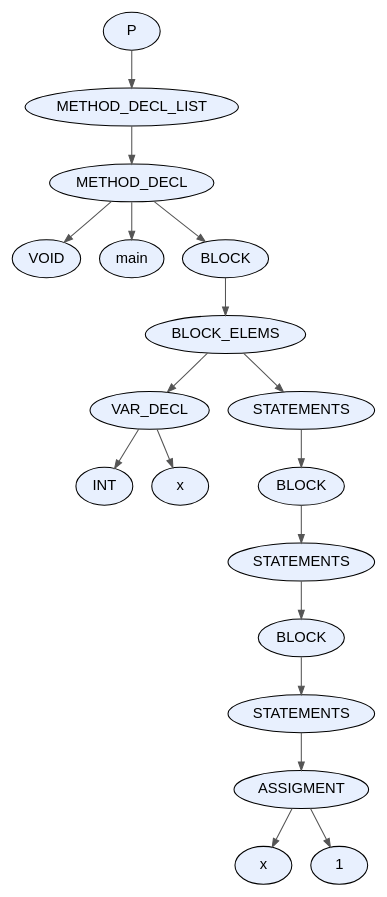
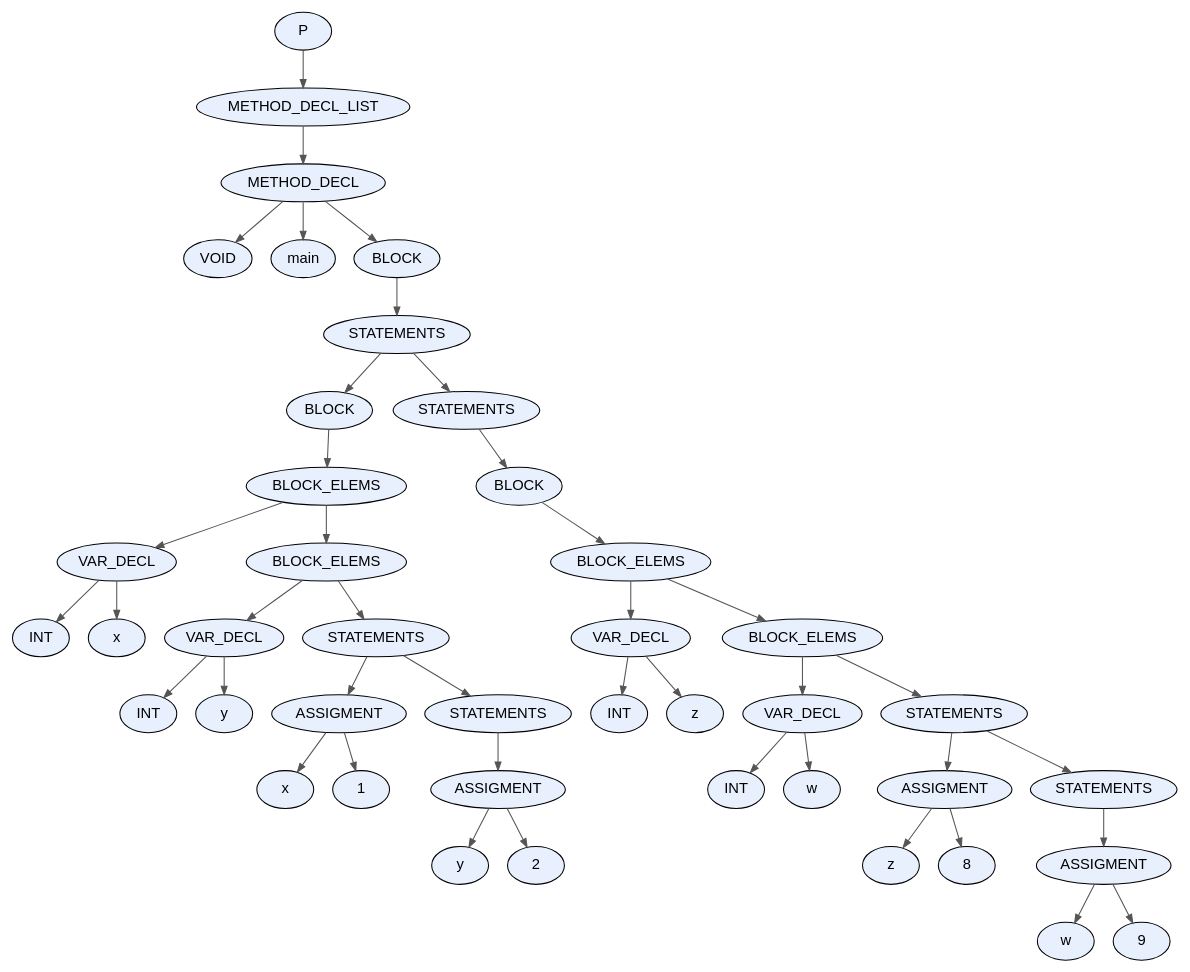
Before and after one commit to facundo-dario-loser/TDS2026: the diagram in proyecto/dot_files/test2.dot, drawn with Graphviz. The commit also changed 3 other files, not shown here.

```diff
--- a/proyecto/dot_files/test2.dot
+++ b/proyecto/dot_files/test2.dot
@@ -1,39 +1,87 @@
 digraph AST {
   node [fontname="Arial"];
   edge [arrowsize=0.8, color="#555555"];
-  "node_0x61f37d8b9020" [label="P", style=filled, fillcolor="#E8F0FE", shape=ellipse, style="rounded,filled"];
-  "node_0x61f37d8b9020" -> "node_0x61f37d8b8fd0";
-  "node_0x61f37d8b8fd0" [label="METHOD_DECL_LIST", style=filled, fillcolor="#E8F0FE", shape=ellipse, style="rounded,filled"];
-  "node_0x61f37d8b8fd0" -> "node_0x61f37d8b8f80";
-  "node_0x61f37d8b8f80" [label="METHOD_DECL", style=filled, fillcolor="#E8F0FE", shape=ellipse, style="rounded,filled"];
-  "node_0x61f37d8b8f80" -> "node_0x61f37d8b8ec0";
-  "node_0x61f37d8b8ec0" [label="VOID", style=filled, fillcolor="#E8F0FE", shape=ellipse, style="rounded,filled"];
-  "node_0x61f37d8b8f80" -> "node_0x61f37d8b8f10";
-  "node_0x61f37d8b8f10" [label="main", style=filled, fillcolor="#E8F0FE", shape=ellipse, style="rounded,filled"];
-  "node_0x61f37d8b8f80" -> "node_0x61f37d8b8e70";
-  "node_0x61f37d8b8e70" [label="BLOCK", style=filled, fillcolor="#E8F0FE", shape=ellipse, style="rounded,filled"];
-  "node_0x61f37d8b8e70" -> "node_0x61f37d8b8e20";
-  "node_0x61f37d8b8e20" [label="BLOCK_ELEMS", style=filled, fillcolor="#E8F0FE", shape=ellipse, style="rounded,filled"];
-  "node_0x61f37d8b8e20" -> "node_0x61f37d8b8630";
-  "node_0x61f37d8b8630" [label="VAR_DECL", style=filled, fillcolor="#E8F0FE", shape=ellipse, style="rounded,filled"];
-  "node_0x61f37d8b8630" -> "node_0x61f37d8b8550";
-  "node_0x61f37d8b8550" [label="INT", style=filled, fillcolor="#E8F0FE", shape=ellipse, style="rounded,filled"];
-  "node_0x61f37d8b8630" -> "node_0x61f37d8b85c0";
-  "node_0x61f37d8b85c0" [label="x", style=filled, fillcolor="#E8F0FE", shape=ellipse, style="rounded,filled"];
-  "node_0x61f37d8b8e20" -> "node_0x61f37d8b8dd0";
-  "node_0x61f37d8b8dd0" [label="STATEMENTS", style=filled, fillcolor="#E8F0FE", shape=ellipse, style="rounded,filled"];
-  "node_0x61f37d8b8dd0" -> "node_0x61f37d8b8b60";
-  "node_0x61f37d8b8b60" [label="BLOCK", style=filled, fillcolor="#E8F0FE", shape=ellipse, style="rounded,filled"];
-  "node_0x61f37d8b8b60" -> "node_0x61f37d8b8b10";
-  "node_0x61f37d8b8b10" [label="STATEMENTS", style=filled, fillcolor="#E8F0FE", shape=ellipse, style="rounded,filled"];
-  "node_0x61f37d8b8b10" -> "node_0x61f37d8b88a0";
-  "node_0x61f37d8b88a0" [label="BLOCK", style=filled, fillcolor="#E8F0FE", shape=ellipse, style="rounded,filled"];
-  "node_0x61f37d8b88a0" -> "node_0x61f37d8b8850";
-  "node_0x61f37d8b8850" [label="STATEMENTS", style=filled, fillcolor="#E8F0FE", shape=ellipse, style="rounded,filled"];
-  "node_0x61f37d8b8850" -> "node_0x61f37d8b8800";
-  "node_0x61f37d8b8800" [label="ASSIGMENT", style=filled, fillcolor="#E8F0FE", shape=ellipse, style="rounded,filled"];
-  "node_0x61f37d8b8800" -> "node_0x61f37d8b8790";
-  "node_0x61f37d8b8790" [label="x", style=filled, fillcolor="#E8F0FE", shape=ellipse, style="rounded,filled"];
-  "node_0x61f37d8b8800" -> "node_0x61f37d8b8740";
-  "node_0x61f37d8b8740" [label="1", style=filled, fillcolor="#E8F0FE", shape=ellipse, style="rounded,filled"];
+  "node_0x56c7b84cd440" [label="P", style=filled, fillcolor="#E8F0FE", shape=ellipse, style="rounded,filled"];
+  "node_0x56c7b84cd440" -> "node_0x56c7b84cd3f0";
+  "node_0x56c7b84cd3f0" [label="METHOD_DECL_LIST", style=filled, fillcolor="#E8F0FE", shape=ellipse, style="rounded,filled"];
+  "node_0x56c7b84cd3f0" -> "node_0x56c7b84cd3a0";
+  "node_0x56c7b84cd3a0" [label="METHOD_DECL", style=filled, fillcolor="#E8F0FE", shape=ellipse, style="rounded,filled"];
+  "node_0x56c7b84cd3a0" -> "node_0x56c7b84cd2e0";
+  "node_0x56c7b84cd2e0" [label="VOID", style=filled, fillcolor="#E8F0FE", shape=ellipse, style="rounded,filled"];
+  "node_0x56c7b84cd3a0" -> "node_0x56c7b84cd330";
+  "node_0x56c7b84cd330" [label="main", style=filled, fillcolor="#E8F0FE", shape=ellipse, style="rounded,filled"];
+  "node_0x56c7b84cd3a0" -> "node_0x56c7b84cd290";
+  "node_0x56c7b84cd290" [label="BLOCK", style=filled, fillcolor="#E8F0FE", shape=ellipse, style="rounded,filled"];
+  "node_0x56c7b84cd290" -> "node_0x56c7b84cd240";
+  "node_0x56c7b84cd240" [label="STATEMENTS", style=filled, fillcolor="#E8F0FE", shape=ellipse, style="rounded,filled"];
+  "node_0x56c7b84cd240" -> "node_0x56c7b84ccb50";
+  "node_0x56c7b84ccb50" [label="BLOCK", style=filled, fillcolor="#E8F0FE", shape=ellipse, style="rounded,filled"];
+  "node_0x56c7b84ccb50" -> "node_0x56c7b84ccb00";
+  "node_0x56c7b84ccb00" [label="BLOCK_ELEMS", style=filled, fillcolor="#E8F0FE", shape=ellipse, style="rounded,filled"];
+  "node_0x56c7b84ccb00" -> "node_0x56c7b84cc630";
+  "node_0x56c7b84cc630" [label="VAR_DECL", style=filled, fillcolor="#E8F0FE", shape=ellipse, style="rounded,filled"];
+  "node_0x56c7b84cc630" -> "node_0x56c7b84cc550";
+  "node_0x56c7b84cc550" [label="INT", style=filled, fillcolor="#E8F0FE", shape=ellipse, style="rounded,filled"];
+  "node_0x56c7b84cc630" -> "node_0x56c7b84cc5c0";
+  "node_0x56c7b84cc5c0" [label="x", style=filled, fillcolor="#E8F0FE", shape=ellipse, style="rounded,filled"];
+  "node_0x56c7b84ccb00" -> "node_0x56c7b84ccab0";
+  "node_0x56c7b84ccab0" [label="BLOCK_ELEMS", style=filled, fillcolor="#E8F0FE", shape=ellipse, style="rounded,filled"];
+  "node_0x56c7b84ccab0" -> "node_0x56c7b84cc760";
+  "node_0x56c7b84cc760" [label="VAR_DECL", style=filled, fillcolor="#E8F0FE", shape=ellipse, style="rounded,filled"];
+  "node_0x56c7b84cc760" -> "node_0x56c7b84cc680";
+  "node_0x56c7b84cc680" [label="INT", style=filled, fillcolor="#E8F0FE", shape=ellipse, style="rounded,filled"];
+  "node_0x56c7b84cc760" -> "node_0x56c7b84cc6f0";
+  "node_0x56c7b84cc6f0" [label="y", style=filled, fillcolor="#E8F0FE", shape=ellipse, style="rounded,filled"];
+  "node_0x56c7b84ccab0" -> "node_0x56c7b84cca60";
+  "node_0x56c7b84cca60" [label="STATEMENTS", style=filled, fillcolor="#E8F0FE", shape=ellipse, style="rounded,filled"];
+  "node_0x56c7b84cca60" -> "node_0x56c7b84cc890";
+  "node_0x56c7b84cc890" [label="ASSIGMENT", style=filled, fillcolor="#E8F0FE", shape=ellipse, style="rounded,filled"];
+  "node_0x56c7b84cc890" -> "node_0x56c7b84cc820";
+  "node_0x56c7b84cc820" [label="x", style=filled, fillcolor="#E8F0FE", shape=ellipse, style="rounded,filled"];
+  "node_0x56c7b84cc890" -> "node_0x56c7b84cc7d0";
+  "node_0x56c7b84cc7d0" [label="1", style=filled, fillcolor="#E8F0FE", shape=ellipse, style="rounded,filled"];
+  "node_0x56c7b84cca60" -> "node_0x56c7b84cca10";
+  "node_0x56c7b84cca10" [label="STATEMENTS", style=filled, fillcolor="#E8F0FE", shape=ellipse, style="rounded,filled"];
+  "node_0x56c7b84cca10" -> "node_0x56c7b84cc9c0";
+  "node_0x56c7b84cc9c0" [label="ASSIGMENT", style=filled, fillcolor="#E8F0FE", shape=ellipse, style="rounded,filled"];
+  "node_0x56c7b84cc9c0" -> "node_0x56c7b84cc950";
+  "node_0x56c7b84cc950" [label="y", style=filled, fillcolor="#E8F0FE", shape=ellipse, style="rounded,filled"];
+  "node_0x56c7b84cc9c0" -> "node_0x56c7b84cc900";
+  "node_0x56c7b84cc900" [label="2", style=filled, fillcolor="#E8F0FE", shape=ellipse, style="rounded,filled"];
+  "node_0x56c7b84cd240" -> "node_0x56c7b84cd1f0";
+  "node_0x56c7b84cd1f0" [label="STATEMENTS", style=filled, fillcolor="#E8F0FE", shape=ellipse, style="rounded,filled"];
+  "node_0x56c7b84cd1f0" -> "node_0x56c7b84cd1a0";
+  "node_0x56c7b84cd1a0" [label="BLOCK", style=filled, fillcolor="#E8F0FE", shape=ellipse, style="rounded,filled"];
+  "node_0x56c7b84cd1a0" -> "node_0x56c7b84cd150";
+  "node_0x56c7b84cd150" [label="BLOCK_ELEMS", style=filled, fillcolor="#E8F0FE", shape=ellipse, style="rounded,filled"];
+  "node_0x56c7b84cd150" -> "node_0x56c7b84ccc80";
+  "node_0x56c7b84ccc80" [label="VAR_DECL", style=filled, fillcolor="#E8F0FE", shape=ellipse, style="rounded,filled"];
+  "node_0x56c7b84ccc80" -> "node_0x56c7b84ccba0";
+  "node_0x56c7b84ccba0" [label="INT", style=filled, fillcolor="#E8F0FE", shape=ellipse, style="rounded,filled"];
+  "node_0x56c7b84ccc80" -> "node_0x56c7b84ccc10";
+  "node_0x56c7b84ccc10" [label="z", style=filled, fillcolor="#E8F0FE", shape=ellipse, style="rounded,filled"];
+  "node_0x56c7b84cd150" -> "node_0x56c7b84cd100";
+  "node_0x56c7b84cd100" [label="BLOCK_ELEMS", style=filled, fillcolor="#E8F0FE", shape=ellipse, style="rounded,filled"];
+  "node_0x56c7b84cd100" -> "node_0x56c7b84ccdb0";
+  "node_0x56c7b84ccdb0" [label="VAR_DECL", style=filled, fillcolor="#E8F0FE", shape=ellipse, style="rounded,filled"];
+  "node_0x56c7b84ccdb0" -> "node_0x56c7b84cccd0";
+  "node_0x56c7b84cccd0" [label="INT", style=filled, fillcolor="#E8F0FE", shape=ellipse, style="rounded,filled"];
+  "node_0x56c7b84ccdb0" -> "node_0x56c7b84ccd40";
+  "node_0x56c7b84ccd40" [label="w", style=filled, fillcolor="#E8F0FE", shape=ellipse, style="rounded,filled"];
+  "node_0x56c7b84cd100" -> "node_0x56c7b84cd0b0";
+  "node_0x56c7b84cd0b0" [label="STATEMENTS", style=filled, fillcolor="#E8F0FE", shape=ellipse, style="rounded,filled"];
+  "node_0x56c7b84cd0b0" -> "node_0x56c7b84ccee0";
+  "node_0x56c7b84ccee0" [label="ASSIGMENT", style=filled, fillcolor="#E8F0FE", shape=ellipse, style="rounded,filled"];
+  "node_0x56c7b84ccee0" -> "node_0x56c7b84cce70";
+  "node_0x56c7b84cce70" [label="z", style=filled, fillcolor="#E8F0FE", shape=ellipse, style="rounded,filled"];
+  "node_0x56c7b84ccee0" -> "node_0x56c7b84cce20";
+  "node_0x56c7b84cce20" [label="8", style=filled, fillcolor="#E8F0FE", shape=ellipse, style="rounded,filled"];
+  "node_0x56c7b84cd0b0" -> "node_0x56c7b84cd060";
+  "node_0x56c7b84cd060" [label="STATEMENTS", style=filled, fillcolor="#E8F0FE", shape=ellipse, style="rounded,filled"];
+  "node_0x56c7b84cd060" -> "node_0x56c7b84cd010";
+  "node_0x56c7b84cd010" [label="ASSIGMENT", style=filled, fillcolor="#E8F0FE", shape=ellipse, style="rounded,filled"];
+  "node_0x56c7b84cd010" -> "node_0x56c7b84ccfa0";
+  "node_0x56c7b84ccfa0" [label="w", style=filled, fillcolor="#E8F0FE", shape=ellipse, style="rounded,filled"];
+  "node_0x56c7b84cd010" -> "node_0x56c7b84ccf50";
+  "node_0x56c7b84ccf50" [label="9", style=filled, fillcolor="#E8F0FE", shape=ellipse, style="rounded,filled"];
 }
```
